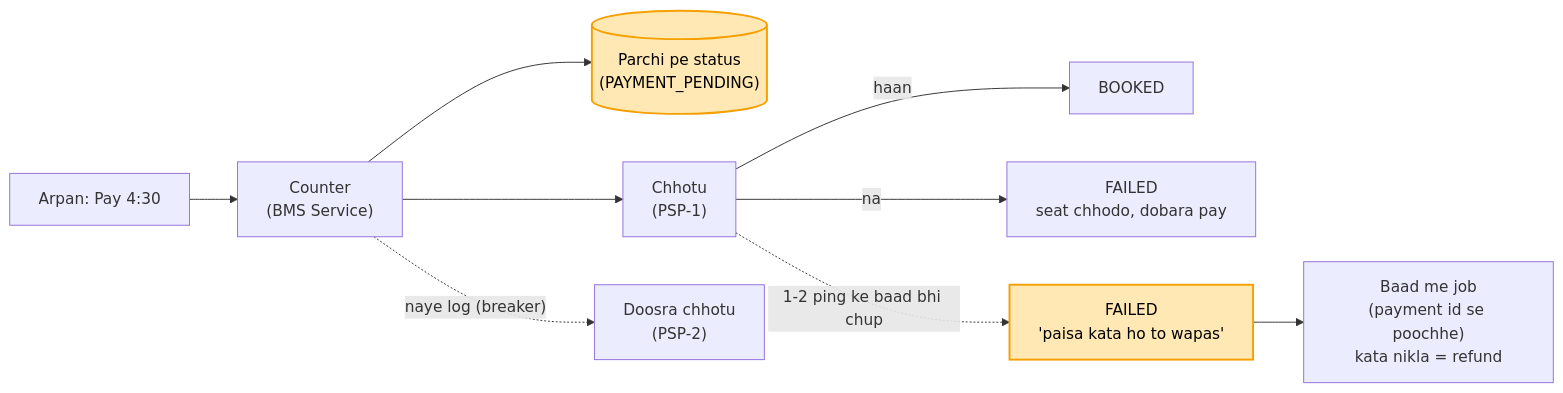
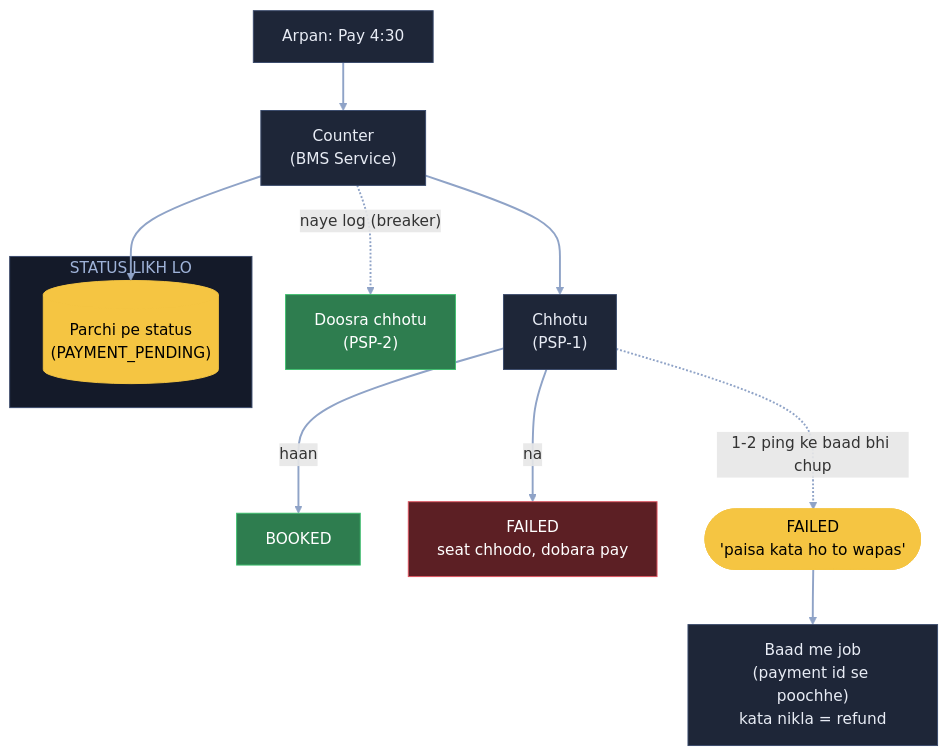
Before and after one commit to ArpanMaheshwari144/Prep: the sixth of 6 diagrams in 04_HLD/SYSTEM_DESIGNS/09_bookmyshow/09_bookmyshow.md, drawn with Mermaid. The commit also changed other lines of this file, not shown here.

Commit message:
BMS: 6 diagram YouTube (reel) wale card andaaz me

````diff
--- a/04_HLD/SYSTEM_DESIGNS/09_bookmyshow/09_bookmyshow.md
+++ b/04_HLD/SYSTEM_DESIGNS/09_bookmyshow/09_bookmyshow.md
@@ -152,13 +212,28 @@
 ```mermaid
-flowchart LR
-    A["Arpan: Pay 4:30"] --> S["Counter<br/>(BMS Service)"]
-    S --> D[("Parchi pe status<br/>(PAYMENT_PENDING)")]
-    S --> P1["Chhotu<br/>(PSP-1)"]
-    P1 -- "haan" --> B["BOOKED"]
-    P1 -- "na" --> F["FAILED<br/>seat chhodo, dobara pay"]
-    P1 -. "1-2 ping ke baad bhi chup" .-> F2["FAILED<br/>'paisa kata ho to wapas'"]
-    F2 --> R["Baad me job<br/>(payment id se poochhe)<br/>kata nikla = refund"]
-    S -. "naye log (breaker)" .-> P2["Doosra chhotu<br/>(PSP-2)"]
-    style D fill:#ffe8b3,stroke:#f59f00,stroke-width:2px,color:#000
-    style F2 fill:#ffe8b3,stroke:#f59f00,stroke-width:2px,color:#000
+flowchart TB
+    A["Arpan: Pay 4:30"]:::card
+    S["Counter<br/>(BMS Service)"]:::card
+    subgraph SL["STATUS LIKH LO"]
+        D[("Parchi pe status<br/>(PAYMENT_PENDING)")]:::pill
+    end
+    P1["Chhotu<br/>(PSP-1)"]:::card
+    B["BOOKED"]:::good
+    F["FAILED<br/>seat chhodo, dobara pay"]:::bad
+    F2(["FAILED<br/>'paisa kata ho to wapas'"]):::pill
+    R["Baad me job<br/>(payment id se poochhe)<br/>kata nikla = refund"]:::card
+    P2["Doosra chhotu<br/>(PSP-2)"]:::good
+    A --> S
+    S --> D
+    S --> P1
+    P1 -- "haan" --> B
+    P1 -- "na" --> F
+    P1 -. "1-2 ping ke baad bhi chup" .-> F2
+    F2 --> R
+    S -. "naye log (breaker)" .-> P2
+    linkStyle default stroke:#8fa3c7,stroke-width:2px
+    classDef card fill:#1e2638,stroke:#3a4a6b,color:#e8ecf5
+    classDef pill fill:#f5c542,stroke:#f5c542,color:#000
+    classDef good fill:#2e7d4f,stroke:#3fbf6f,color:#fff
+    classDef bad fill:#5c1f24,stroke:#e05561,color:#fff
+    style SL fill:#141a29,stroke:#3a4a6b,color:#9fb3d9
 ```
````
